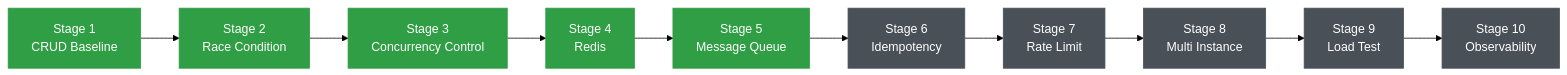
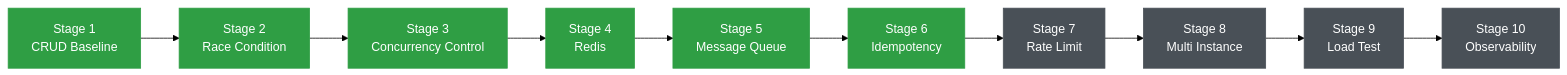
One commit to kaikaizhen/High-Concurrency-Flash-Sale-System changed the first of 6 diagrams in README.md. Above: the diagram before and after it, drawn with Mermaid (forest theme). The commit also changed other lines of this file and 33 other files, not shown here.

````diff
--- a/README.md
+++ b/README.md
@@ -31,17 +31,17 @@
 ```mermaid
 flowchart LR
     S1["Stage 1<br/>CRUD Baseline"] --> S2["Stage 2<br/>Race Condition"]
     S2 --> S3["Stage 3<br/>Concurrency Control"]
     S3 --> S4["Stage 4<br/>Redis"]
     S4 --> S5["Stage 5<br/>Message Queue"]
     S5 --> S6["Stage 6<br/>Idempotency"]
     S6 --> S7["Stage 7<br/>Rate Limit"]
     S7 --> S8["Stage 8<br/>Multi Instance"]
     S8 --> S9["Stage 9<br/>Load Test"]
     S9 --> S10["Stage 10<br/>Observability"]
 
     classDef done fill:#2f9e44,stroke:#2f9e44,color:#fff
     classDef todo fill:#495057,stroke:#495057,color:#fff
-    class S1,S2,S3,S4,S5 done
-    class S6,S7,S8,S9,S10 todo
+    class S1,S2,S3,S4,S5,S6 done
+    class S7,S8,S9,S10 todo
 ```
````
